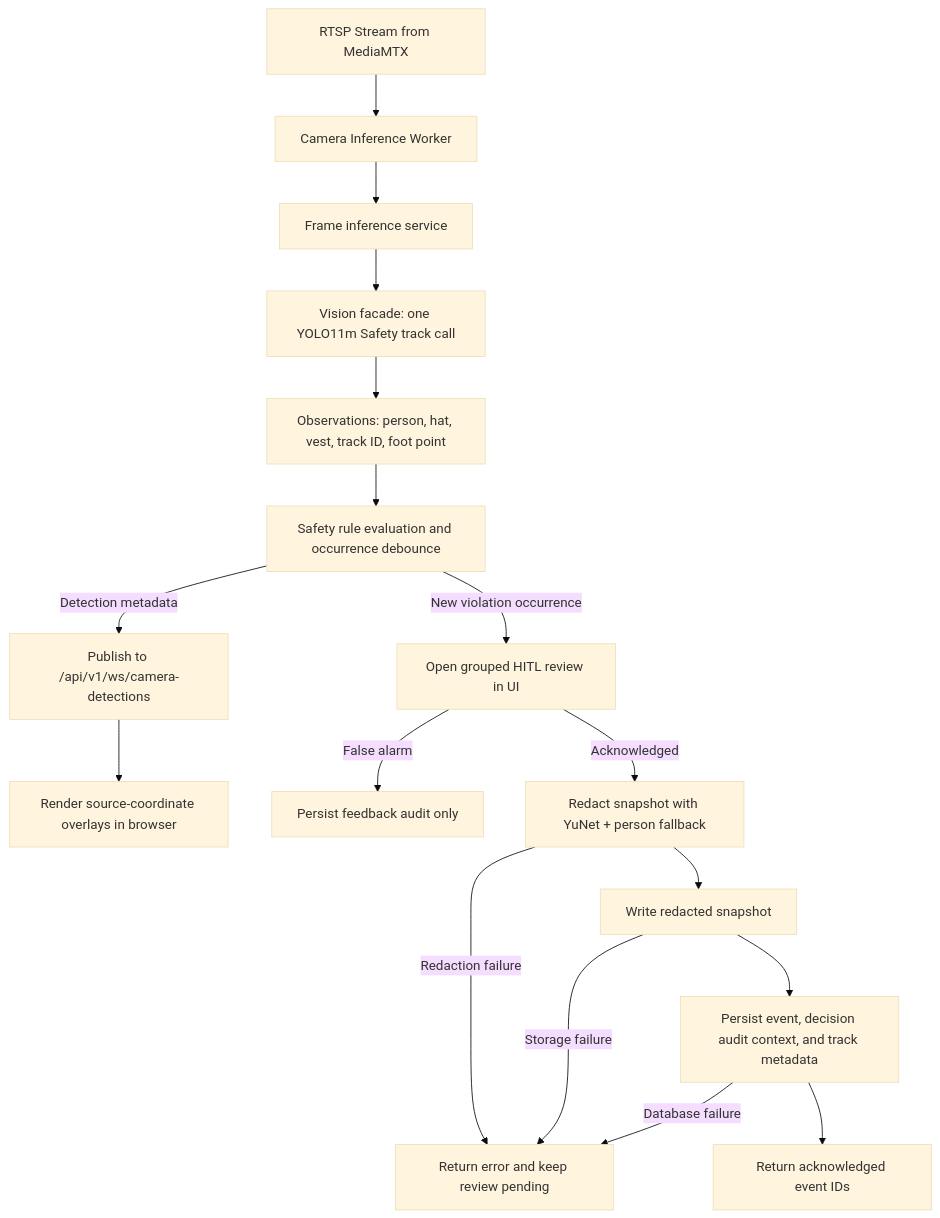
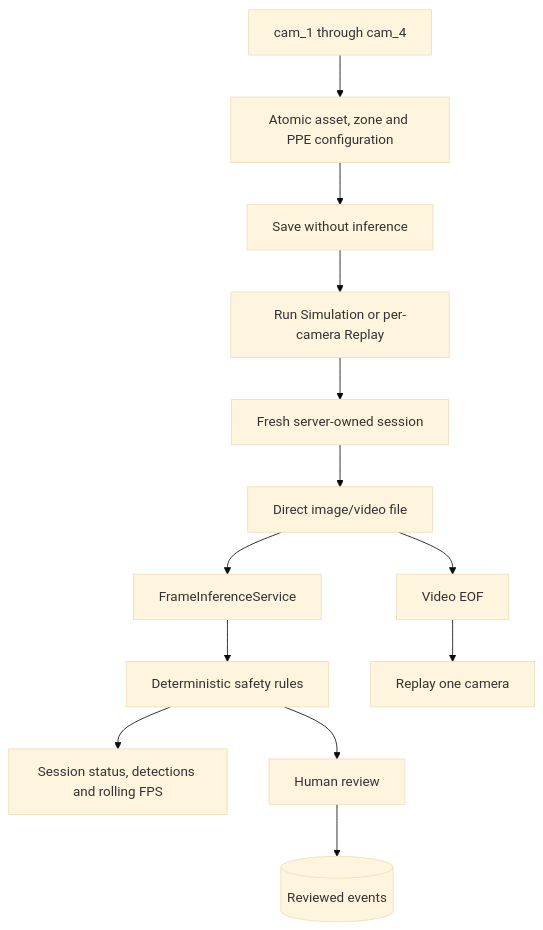
One commit to NguyenNhat4/Sentiel-safety-intelligent changed the second of 2 diagrams in docs/architecture/architecture_diagram.md. Above: the diagram before and after it, drawn with Mermaid (base theme). The commit also changed other lines of this file and 134 other files, not shown here.

````diff
--- a/docs/architecture/architecture_diagram.md
+++ b/docs/architecture/architecture_diagram.md
@@ -40,19 +18,15 @@
 ```mermaid
 flowchart TD
-    A[RTSP Stream from MediaMTX] --> B[Camera Inference Worker]
-    B --> C[Frame inference service]
-    C --> D[Vision facade: one YOLO11m Safety track call]
-    D --> E[Observations: person, hat, vest, track ID, foot point]
-    E --> F[Safety rule evaluation and occurrence debounce]
-    F -->|Detection metadata| G[Publish to /api/v1/ws/camera-detections]
-    G --> H[Render source-coordinate overlays in browser]
-    F -->|New violation occurrence| I[Open grouped HITL review in UI]
-    I -->|False alarm| J[Persist feedback audit only]
-    I -->|Acknowledged| K[Redact snapshot with YuNet + person fallback]
-    K -->|Redaction failure| L[Return error and keep review pending]
-    K --> M[Write redacted snapshot]
-    M -->|Storage failure| L
-    M --> N[Persist event, decision audit context, and track metadata]
-    N -->|Database failure| L
-    N --> O[Return acknowledged event IDs]
+    Slot[cam_1 through cam_4] --> Config[Atomic asset, zone and PPE configuration]
+    Config --> Save[Save without inference]
+    Save --> Run[Run Simulation or per-camera Replay]
+    Run --> Session[Fresh server-owned session]
+    Session --> Source[Direct image/video file]
+    Source --> Infer[FrameInferenceService]
+    Infer --> Rules[Deterministic safety rules]
+    Rules --> WS[Session status, detections and rolling FPS]
+    Rules --> HITL[Human review]
+    HITL --> Events[(Reviewed events)]
+    Source --> EOF[Video EOF]
+    EOF --> Replay[Replay one camera]
 ```
````
